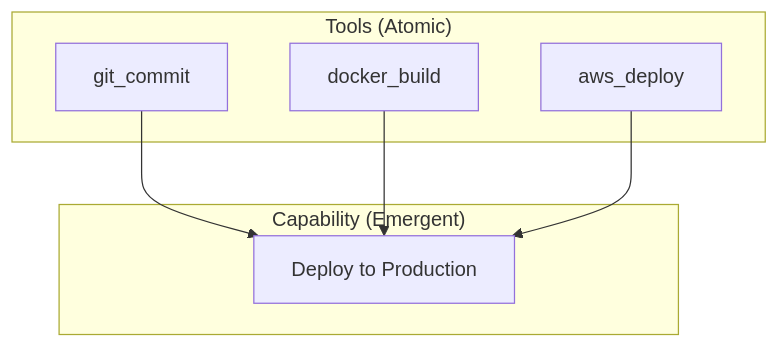
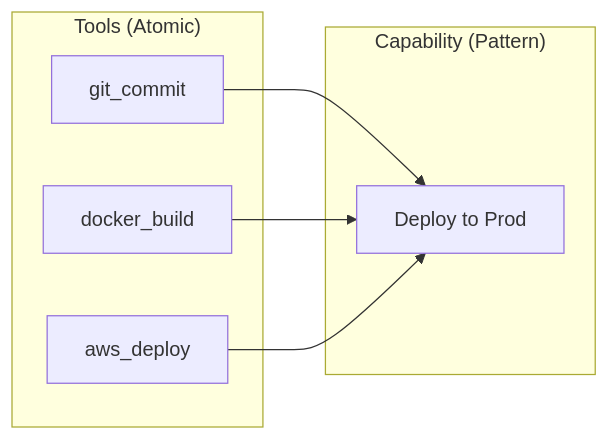
The first of 5 diagrams in src/web/posts/2025-12-18-emergent-capabilities.md (Casys-AI/casys-pml), drawn with Mermaid before and after one commit. The commit also changed other lines of this file, not shown here.

Commit message:
blog: complete Emergent Capabilities article

````diff
--- a/src/web/posts/2025-12-18-emergent-capabilities.md
+++ b/src/web/posts/2025-12-18-emergent-capabilities.md
@@ -27,15 +27,16 @@
 ```mermaid
-graph TD
+graph LR
     subgraph "Tools (Atomic)"
         T1[git_commit]
         T2[docker_build]
         T3[aws_deploy]
     end
 
-    subgraph "Capability (Emergent)"
-        C[Deploy to Production]
-        T1 --> C
-        T2 --> C
-        T3 --> C
+    subgraph "Capability (Pattern)"
+        C[Deploy to Prod]
     end
+
+    T1 --> C
+    T2 --> C
+    T3 --> C
 ```
````
